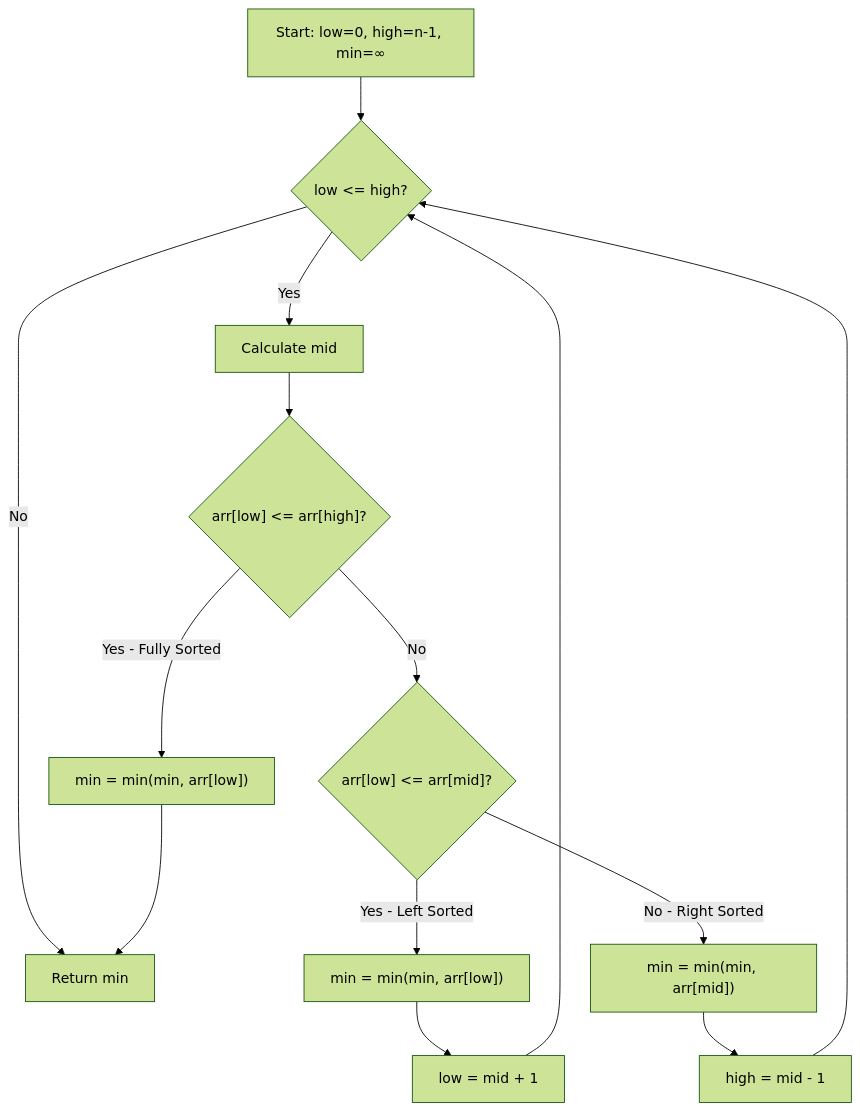
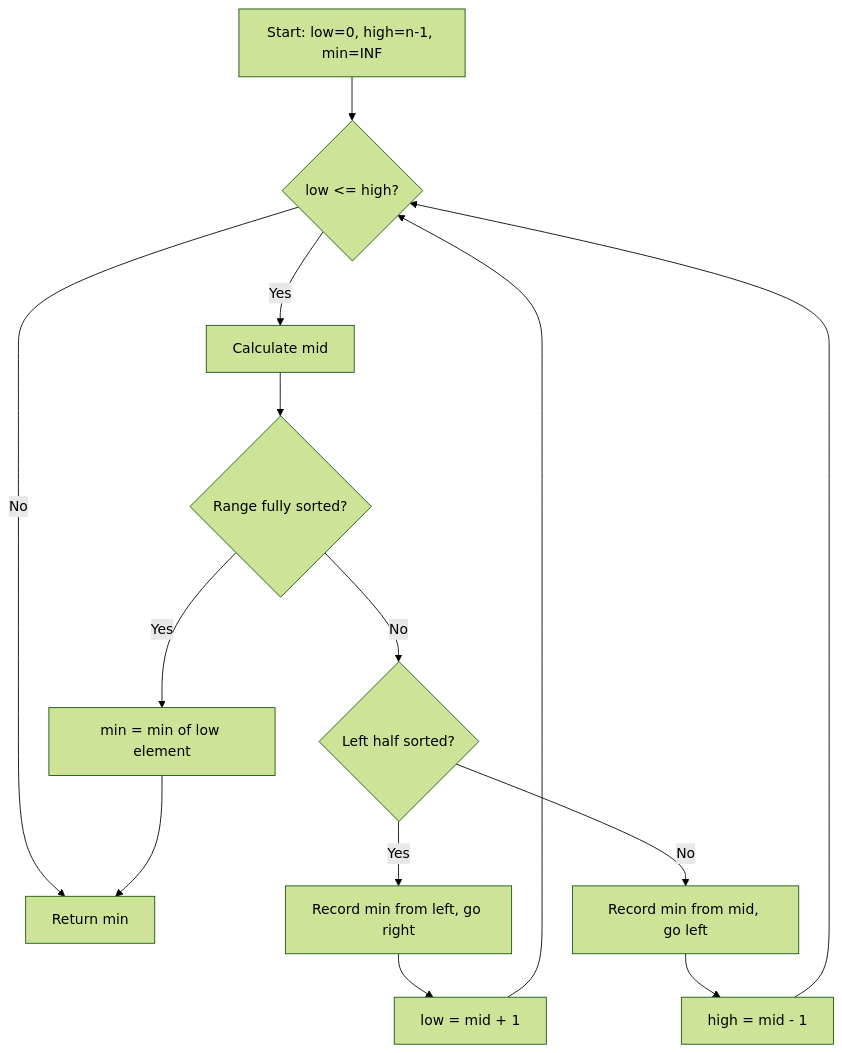
The seventh of 19 diagrams in dsa/Advanced/04-Binary search/02-logic-building/02-logic-building.md (pentoshi007/tuf), drawn with Mermaid (forest theme) before and after one commit. The commit also changed other lines of this file and 1 other file, not shown here.

First line of the commit message:
Fix Mermaid diagram syntax for GitHub compatibility

````diff
--- a/dsa/Advanced/04-Binary search/02-logic-building/02-logic-building.md
+++ b/dsa/Advanced/04-Binary search/02-logic-building/02-logic-building.md
@@ -266,16 +266,16 @@
 ```mermaid
 flowchart TD
-    A["Start: low=0, high=n-1, min=∞"] --> B{low <= high?}
+    A["Start: low=0, high=n-1, min=INF"] --> B{"low <= high?"}
     B -->|No| Z["Return min"]
     B -->|Yes| C["Calculate mid"]
-    C --> D{"arr[low] <= arr[high]?"}
-    D -->|Yes - Fully Sorted| E["min = min(min, arr[low])"]
+    C --> D{"Range fully sorted?"}
+    D -->|Yes| E["min = min of low element"]
     E --> Z
-    D -->|No| F{"arr[low] <= arr[mid]?"}
-    F -->|Yes - Left Sorted| G["min = min(min, arr[low])"]
+    D -->|No| F{"Left half sorted?"}
+    F -->|Yes| G["Record min from left, go right"]
     G --> H["low = mid + 1"]
-    F -->|No - Right Sorted| I["min = min(min, arr[mid])"]
+    F -->|No| I["Record min from mid, go left"]
     I --> J["high = mid - 1"]
     H --> B
     J --> B
 ```
````
